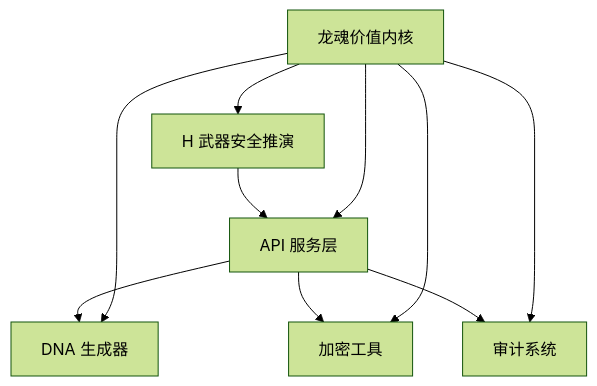
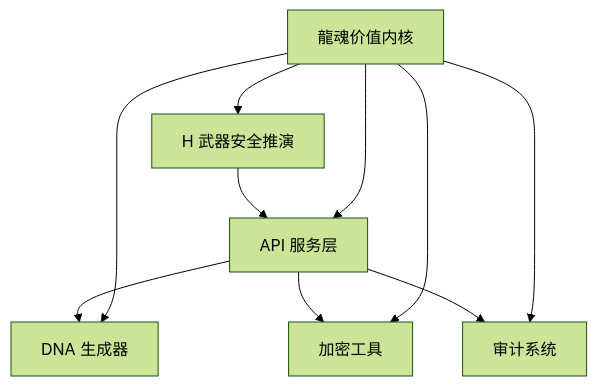
The diagram in longhun-system/CNSH_备份_20260211/本地备份/历史项目/CodeBuddy/20251207144453/cnsh-uid9622-system/README.md (UID9622/longhun-system), drawn with Mermaid (forest theme) before and after one commit. The commit also changed other lines of this file and 853 other files, not shown here.

````diff
--- a/longhun-system/CNSH_备份_20260211/本地备份/历史项目/CodeBuddy/20251207144453/cnsh-uid9622-system/README.md
+++ b/longhun-system/CNSH_备份_20260211/本地备份/历史项目/CodeBuddy/20251207144453/cnsh-uid9622-system/README.md
@@ -20,13 +20,13 @@
 ```mermaid
 graph TD
     A[API 服务层] --> B[DNA 生成器]
     A --> C[加密工具]
     A --> D[审计系统]
     E[H 武器安全推演] --> A
     
-    F[龙魂价值内核] --> A
+    F[龍魂价值内核] --> A
     F --> B
     F --> C
     F --> D
     F --> E
 ```
````
